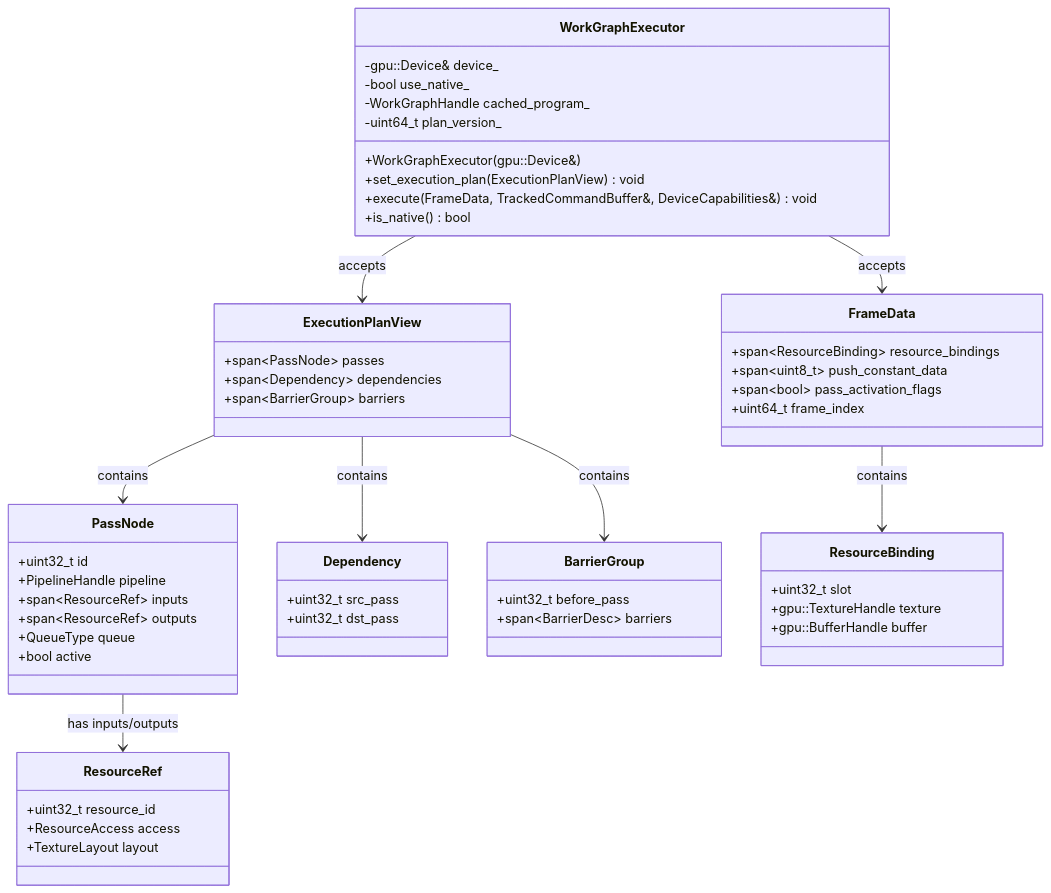
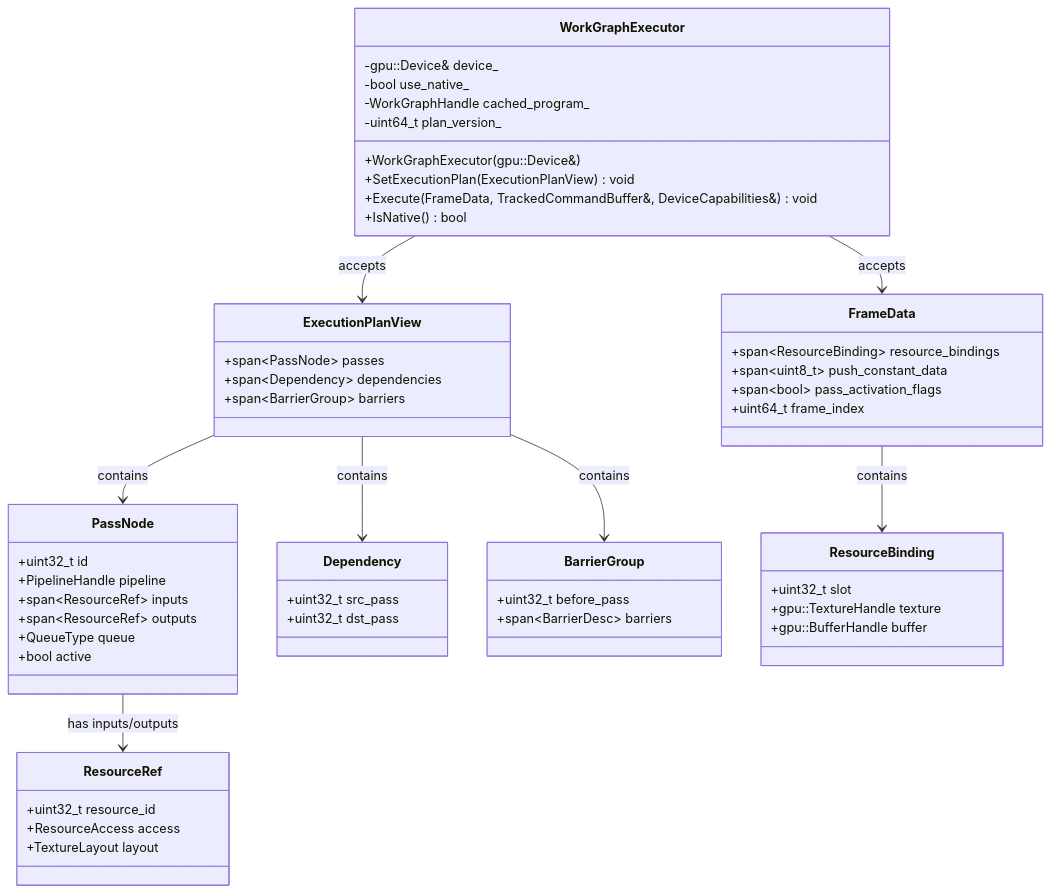
One commit to harmonius-dev/harmonius changed the sixth of 11 diagrams in docs/design/gpu-runtime-classes.md. Above: the diagram before and after it, drawn with Mermaid. The commit also changed other lines of this file and 67 other files, not shown here.

````diff
--- a/docs/design/gpu-runtime-classes.md
+++ b/docs/design/gpu-runtime-classes.md
@@ -421,65 +421,65 @@
 ```mermaid
 classDiagram
     class WorkGraphExecutor {
         -gpu::Device& device_
         -bool use_native_
         -WorkGraphHandle cached_program_
         -uint64_t plan_version_
         +WorkGraphExecutor(gpu::Device&)
-        +set_execution_plan(ExecutionPlanView) void
-        +execute(FrameData, TrackedCommandBuffer&, DeviceCapabilities&) void
-        +is_native() bool
+        +SetExecutionPlan(ExecutionPlanView) void
+        +Execute(FrameData, TrackedCommandBuffer&, DeviceCapabilities&) void
+        +IsNative() bool
     }
 
     class ExecutionPlanView {
         +span~PassNode~ passes
         +span~Dependency~ dependencies
         +span~BarrierGroup~ barriers
     }
 
     class PassNode {
         +uint32_t id
         +PipelineHandle pipeline
         +span~ResourceRef~ inputs
         +span~ResourceRef~ outputs
         +QueueType queue
         +bool active
     }
 
     class Dependency {
         +uint32_t src_pass
         +uint32_t dst_pass
     }
 
     class FrameData {
         +span~ResourceBinding~ resource_bindings
         +span~uint8_t~ push_constant_data
         +span~bool~ pass_activation_flags
         +uint64_t frame_index
     }
 
     class ResourceBinding {
         +uint32_t slot
         +gpu::TextureHandle texture
         +gpu::BufferHandle buffer
     }
 
     class ResourceRef {
         +uint32_t resource_id
         +ResourceAccess access
         +TextureLayout layout
     }
 
     class BarrierGroup {
         +uint32_t before_pass
         +span~BarrierDesc~ barriers
     }
 
     WorkGraphExecutor --> ExecutionPlanView : accepts
     WorkGraphExecutor --> FrameData : accepts
     ExecutionPlanView --> PassNode : contains
     ExecutionPlanView --> Dependency : contains
     ExecutionPlanView --> BarrierGroup : contains
     PassNode --> ResourceRef : has inputs/outputs
     FrameData --> ResourceBinding : contains
 ```
````
